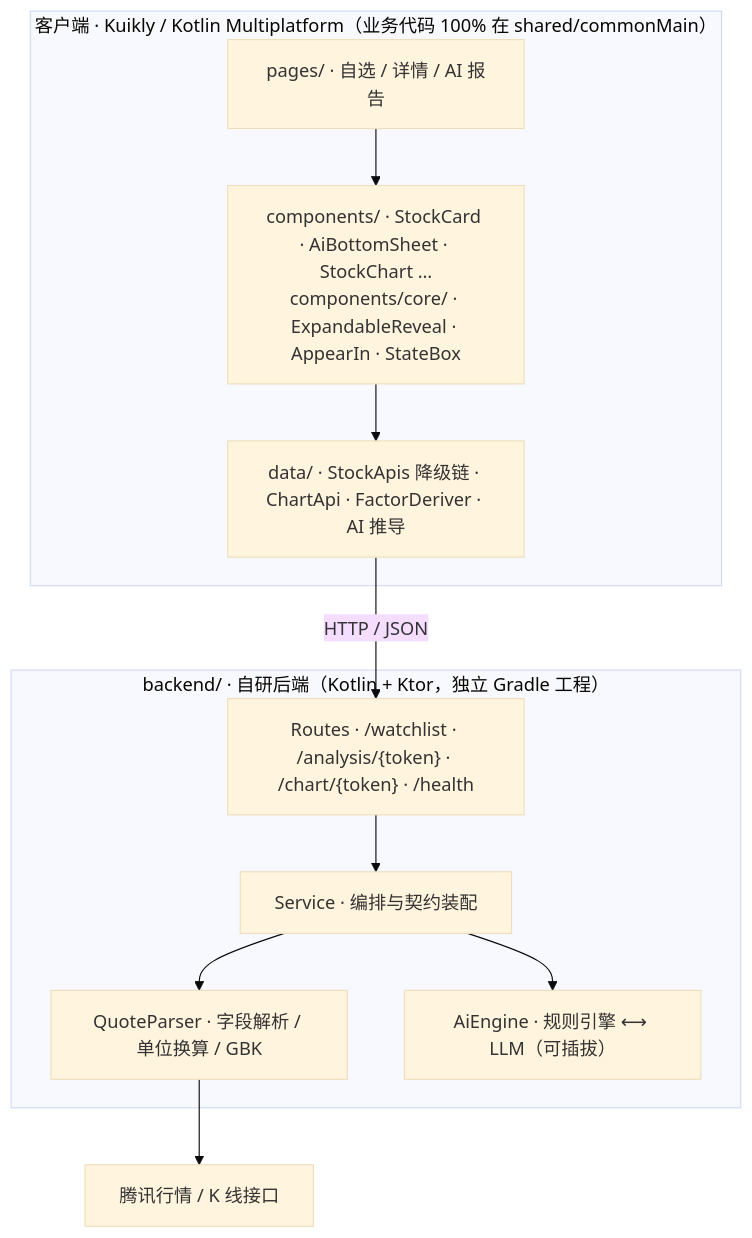
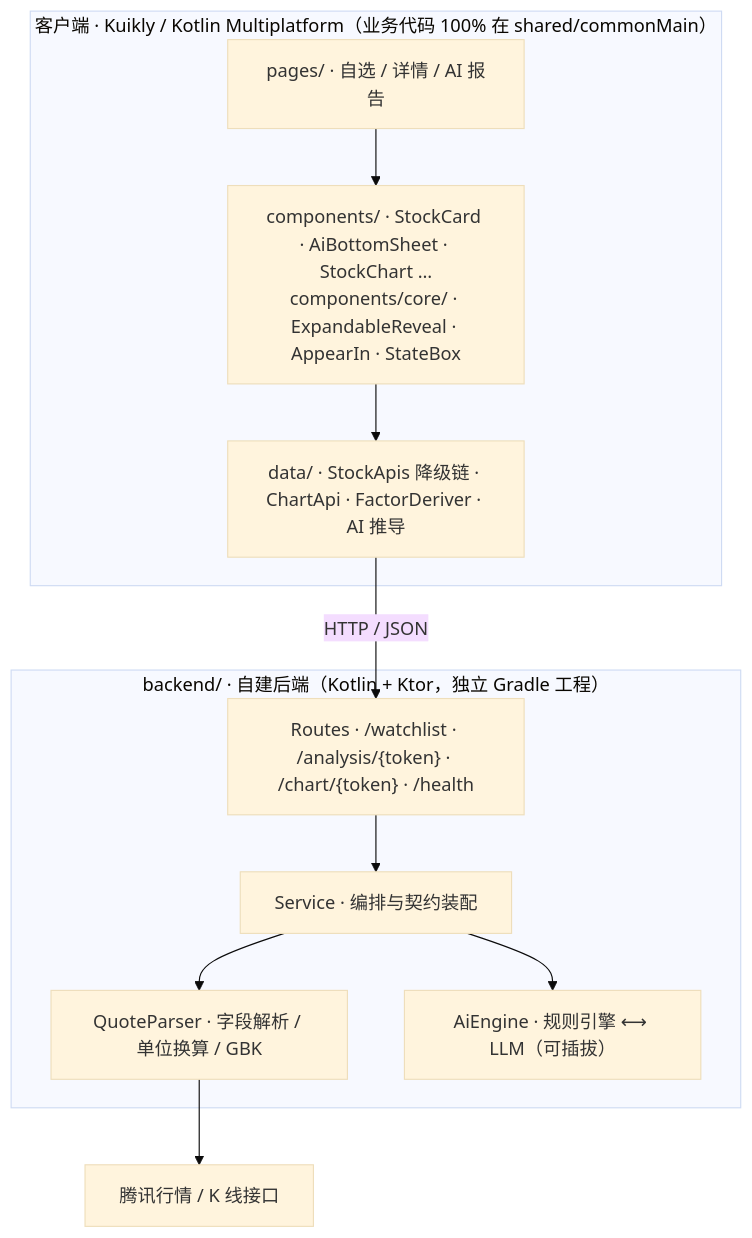
Before and after one commit to tsusinai/kuikly-todo: the diagram in README.md, drawn with Mermaid (base theme). The commit also changed other lines of this file and 5 other files, not shown here.

````diff
--- a/README.md
+++ b/README.md
@@ -69,22 +69,22 @@
 ```mermaid
 flowchart TD
     subgraph Client["客户端 · Kuikly / Kotlin Multiplatform（业务代码 100% 在 shared/commonMain）"]
         PG["pages/ · 自选 / 详情 / AI 报告"]
         CP["components/ · StockCard · AiBottomSheet · StockChart …<br/>components/core/ · ExpandableReveal · AppearIn · StateBox"]
         DT["data/ · StockApis 降级链 · ChartApi · FactorDeriver · AI 推导"]
         PG --> CP --> DT
     end
 
-    subgraph Backend["backend/ · 自研后端（Kotlin + Ktor，独立 Gradle 工程）"]
+    subgraph Backend["backend/ · 自建后端（Kotlin + Ktor，独立 Gradle 工程）"]
         RT["Routes · /watchlist · /analysis/{token} · /chart/{token} · /health"]
         SV["Service · 编排与契约装配"]
         QP["QuoteParser · 字段解析 / 单位换算 / GBK"]
         AI["AiEngine · 规则引擎 ⟷ LLM（可插拔）"]
         RT --> SV
         SV --> QP
         SV --> AI
     end
 
     DT -->|"HTTP / JSON"| RT
     QP --> UP["腾讯行情 / K 线接口"]
 ```
````
